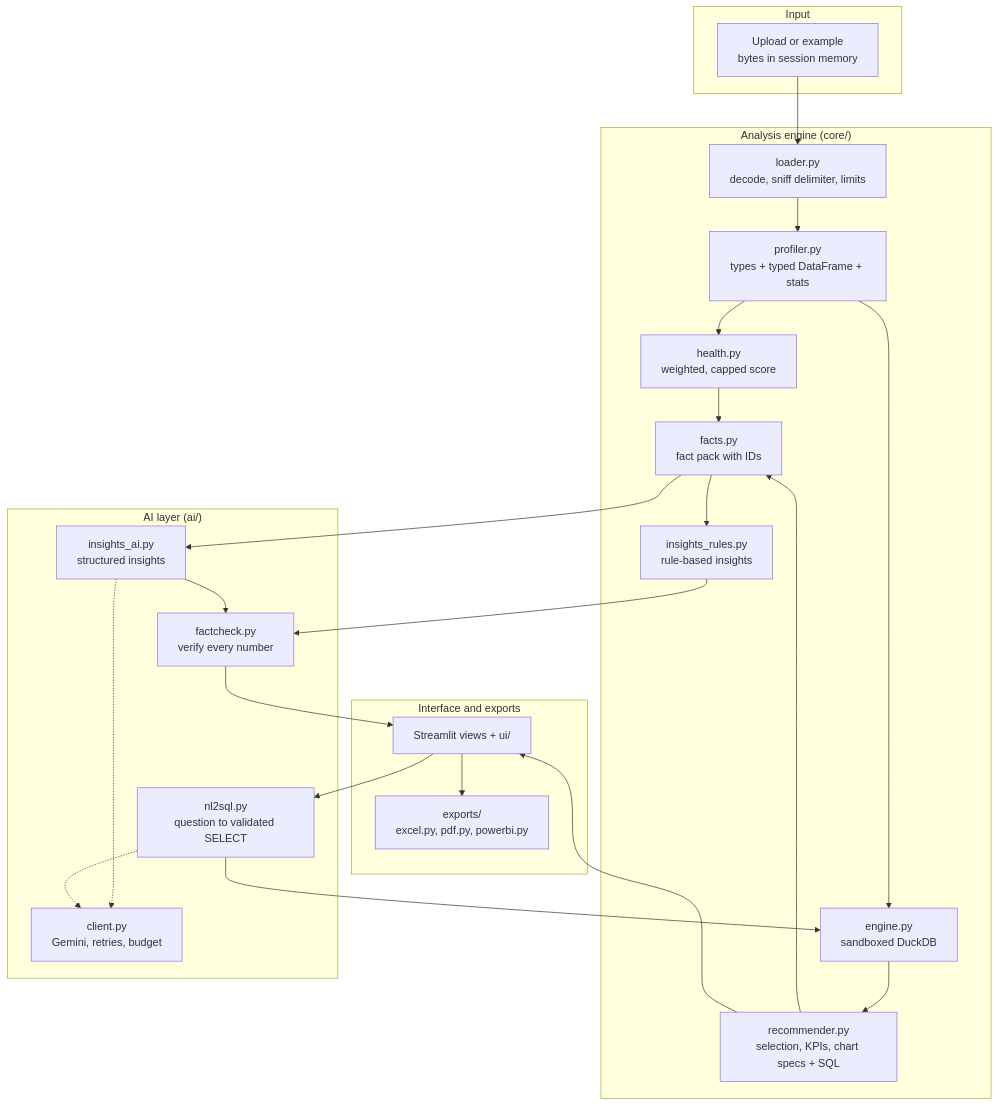
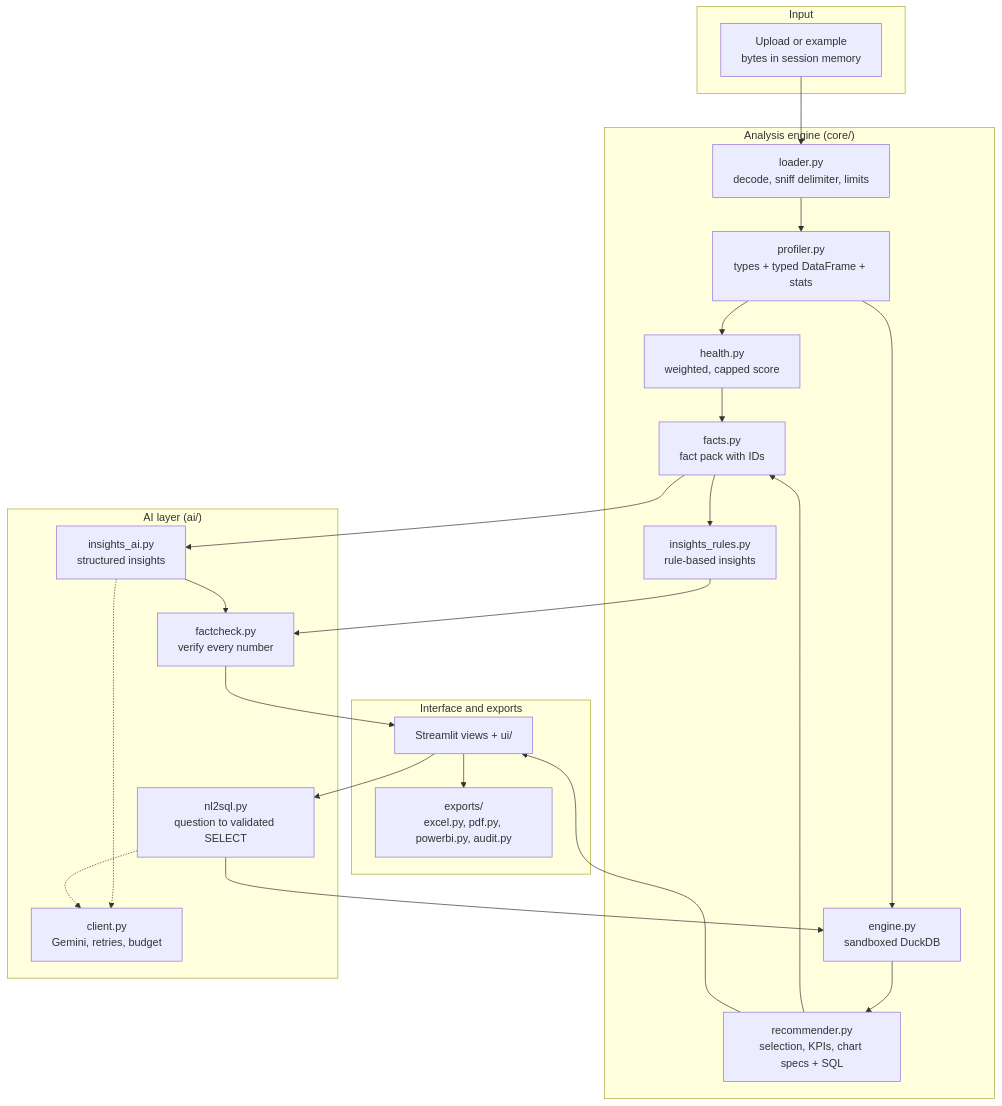
One commit to DQuanBui/Veridash changed the first of 2 diagrams in docs/ARCHITECTURE.md. Above: the diagram before and after it, drawn with Mermaid. The commit also changed other lines of this file and 6 other files, not shown here.

````diff
--- a/docs/ARCHITECTURE.md
+++ b/docs/ARCHITECTURE.md
@@ -7,36 +7,36 @@
 ```mermaid
 flowchart TD
     subgraph Input
         U[Upload or example<br/>bytes in session memory]
     end
     subgraph Engine["Analysis engine (core/)"]
         L[loader.py<br/>decode, sniff delimiter, limits]
         P[profiler.py<br/>types + typed DataFrame + stats]
         H[health.py<br/>weighted, capped score]
         E[engine.py<br/>sandboxed DuckDB]
         R[recommender.py<br/>selection, KPIs, chart specs + SQL]
         F[facts.py<br/>fact pack with IDs]
         IR[insights_rules.py<br/>rule-based insights]
     end
     subgraph AI["AI layer (ai/)"]
         C[client.py<br/>Gemini, retries, budget]
         IA[insights_ai.py<br/>structured insights]
         FC[factcheck.py<br/>verify every number]
         NL[nl2sql.py<br/>question to validated SELECT]
     end
     subgraph Out["Interface and exports"]
         UI[Streamlit views + ui/]
-        X[exports/<br/>excel.py, pdf.py, powerbi.py]
+        X[exports/<br/>excel.py, pdf.py, powerbi.py, audit.py]
     end
     U --> L --> P --> H
     P --> E --> R --> F
     H --> F
     F --> IR --> FC
     F --> IA --> FC
     IA -.-> C
     NL -.-> C
     FC --> UI
     R --> UI
     UI --> NL --> E
     UI --> X
 ```
````
